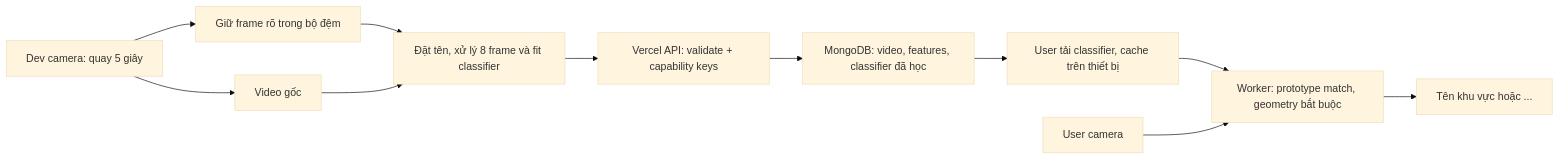
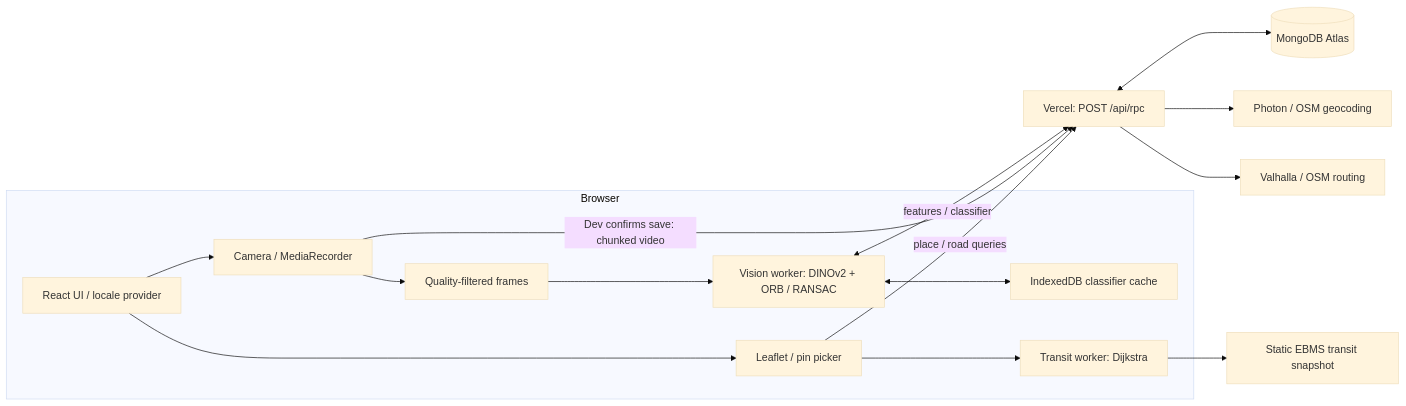
The diagram in README.md (dakiemdarktharr/NoSleepClub_HIST), drawn with Mermaid (base theme) before and after one commit. The commit also changed other lines of this file and 25 other files, not shown here.

````diff
--- a/README.md
+++ b/README.md
@@ -54,13 +11,23 @@
 ```mermaid
 flowchart LR
-  A[Dev camera: quay 5 giây] --> B[Giữ frame rõ trong bộ đệm]
-  A --> C[Video gốc]
-  B --> D[Đặt tên, xử lý 8 frame và fit classifier]
-  C --> D
-  D --> E[Vercel API: validate + capability keys]
-  E --> F[MongoDB: video, features, classifier đã học]
-  F --> G[User tải classifier, cache trên thiết bị]
-  G --> H[Worker: prototype match, geometry bắt buộc]
-  I[User camera] --> H
-  H --> J[Tên khu vực hoặc ...]
+  subgraph Browser
+    UI[React UI / locale provider]
+    CAM[Camera / MediaRecorder]
+    BUF[Quality-filtered frames]
+    V[Vision worker: DINOv2 + ORB / RANSAC]
+    IDB[IndexedDB classifier cache]
+    MAP[Leaflet / pin picker]
+    T[Transit worker: Dijkstra]
+    CAM --> BUF --> V
+    UI --> CAM
+    V <--> IDB
+    UI --> MAP --> T
+  end
+  V <-->|features / classifier| RPC[Vercel: POST /api/rpc]
+  CAM -->|Dev confirms save: chunked video| RPC
+  RPC <--> DB[(MongoDB Atlas)]
+  MAP -->|place / road queries| RPC
+  RPC --> Photon[Photon / OSM geocoding]
+  RPC --> Valhalla[Valhalla / OSM routing]
+  T --> Snapshot[Static EBMS transit snapshot]
 ```
````
